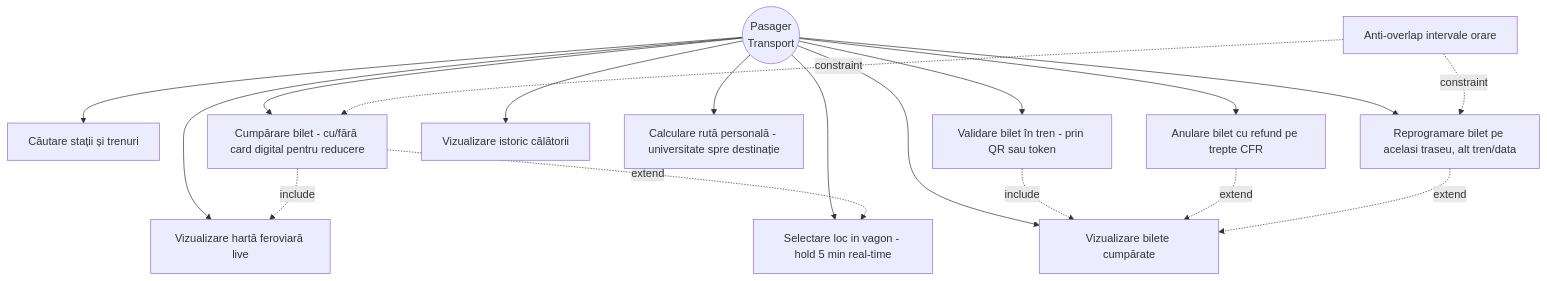
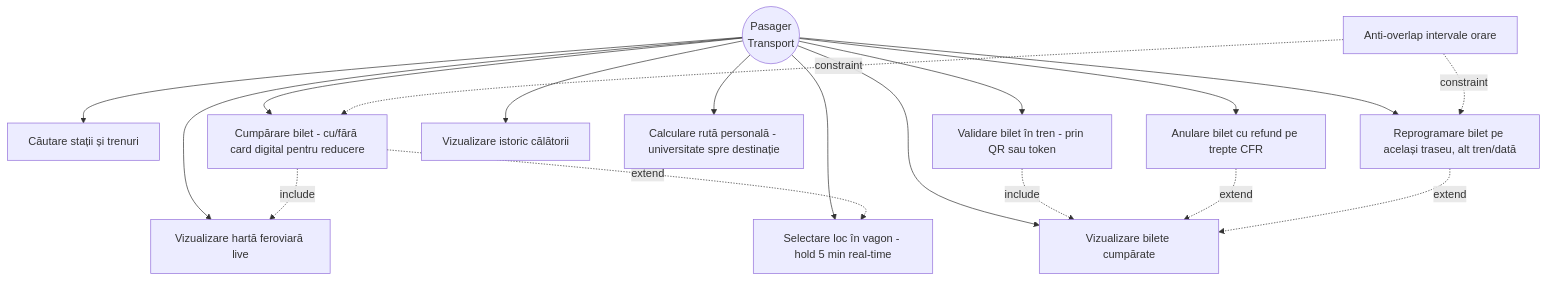
The fifth of 5 diagrams in docs/use-case.md (anaobreja/LICENTA), drawn with Mermaid before and after one commit. The commit also changed other lines of this file and 115 other files, not shown here.

````diff
--- a/docs/use-case.md
+++ b/docs/use-case.md
@@ -100,23 +100,23 @@
 ```mermaid
 graph TD
     PT((Pasager\nTransport))
 
     PT --> UC29[Căutare stații și trenuri]
     PT --> UC30[Vizualizare hartă feroviară live]
     PT --> UC31[Cumpărare bilet - cu/fără card digital pentru reducere]
     PT --> UC32[Vizualizare bilete cumpărate]
     PT --> UC33[Validare bilet în tren - prin QR sau token]
     PT --> UC34[Vizualizare istoric călătorii]
     PT --> UC35[Calculare rută personală - universitate spre destinație]
-    PT --> UC41[Selectare loc in vagon - hold 5 min real-time]
+    PT --> UC41[Selectare loc în vagon - hold 5 min real-time]
     PT --> UC42[Anulare bilet cu refund pe trepte CFR]
-    PT --> UC43[Reprogramare bilet pe acelasi traseu, alt tren/data]
+    PT --> UC43[Reprogramare bilet pe același traseu, alt tren/dată]
     UC44[Anti-overlap intervale orare] -.->|constraint| UC31
     UC44 -.->|constraint| UC43
 
     UC31 -.->|include| UC30
     UC33 -.->|include| UC32
     UC31 -.->|extend| UC41
     UC42 -.->|extend| UC32
     UC43 -.->|extend| UC32
 ```
````
